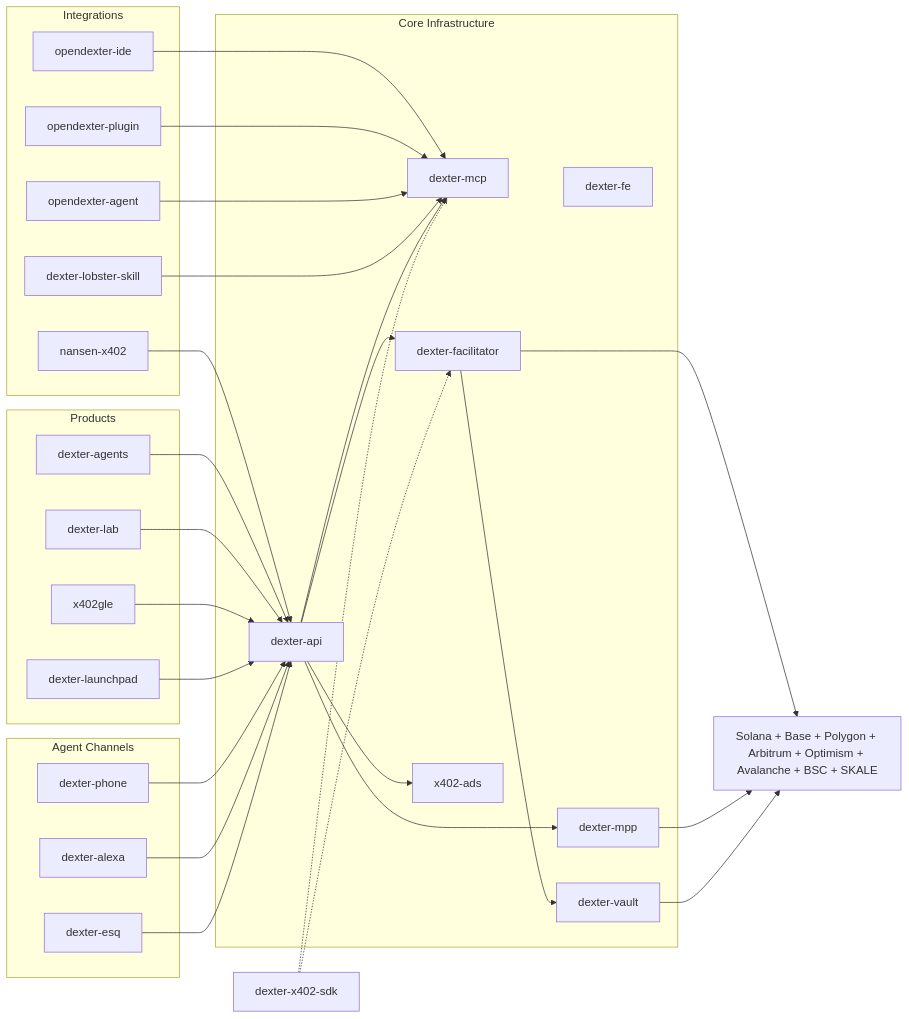
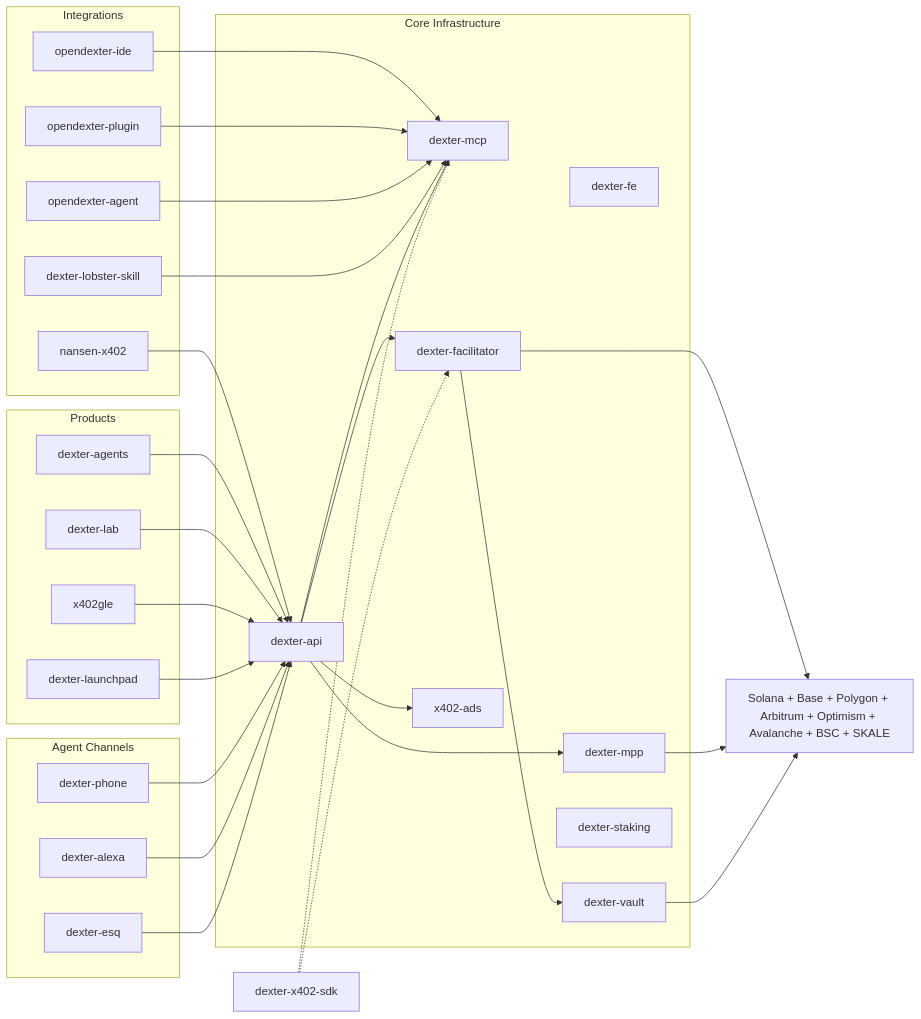
Before and after one commit to Dexter-DAO/.github: the diagram in profile/README.md, drawn with Mermaid. The commit also changed other lines of this file, not shown here.

Commit message:
Add dexter-staking to ecosystem map

````diff
--- a/profile/README.md
+++ b/profile/README.md
@@ -23,63 +23,64 @@
 ```mermaid
 flowchart LR
     subgraph integrations["Integrations"]
         ide["opendexter-ide"]
         odp["opendexter-plugin"]
         oda["opendexter-agent"]
         lobster["dexter-lobster-skill"]
         nansen["nansen-x402"]
     end
 
     subgraph products["Products"]
         agents["dexter-agents"]
         lab["dexter-lab"]
         explorer["x402gle"]
         launchpad["dexter-launchpad"]
     end
 
     subgraph core["Core Infrastructure"]
         api["dexter-api"]
         fe["dexter-fe"]
         mcp["dexter-mcp"]
         facilitator["dexter-facilitator"]
         mpp["dexter-mpp"]
         vault["dexter-vault"]
         ads["x402-ads"]
+        staking["dexter-staking"]
     end
 
     subgraph channels["Agent Channels"]
         phone["dexter-phone"]
         alexa["dexter-alexa"]
         esq["dexter-esq"]
     end
 
     chains["Solana + Base + Polygon + Arbitrum + Optimism + Avalanche + BSC + SKALE"]
 
     ide --> mcp
     odp --> mcp
     oda --> mcp
     lobster --> mcp
     nansen --> api
 
     agents --> api
     lab --> api
     explorer --> api
     launchpad --> api
 
     phone --> api
     alexa --> api
     esq --> api
 
     api --> mcp
     api --> facilitator
     api --> mpp
     api --> ads
 
     facilitator --> chains
     mpp --> chains
     facilitator --> vault
     vault --> chains
 
     sdk["dexter-x402-sdk"] -.-> facilitator
     sdk -.-> mcp
 ```
````
